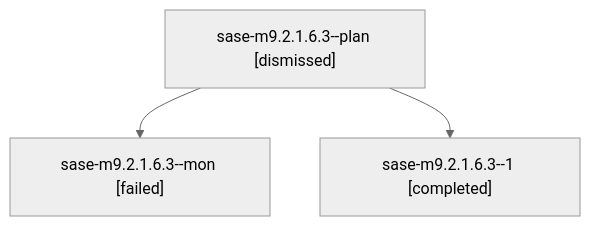
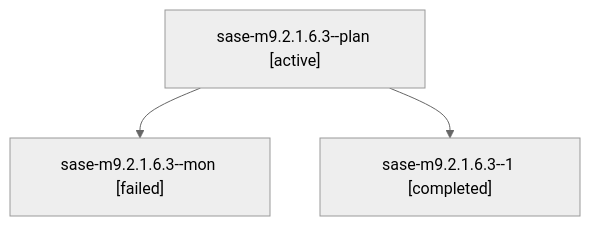
The diagram in families/bbugyi200.athena.sase-m9.2.1.6.3.md (sase-org/sase--agents), drawn with Mermaid (neutral theme) before and after one commit. The commit also changed other lines of this file and 35830 other files, not shown here.

````diff
--- a/families/bbugyi200.athena.sase-m9.2.1.6.3.md
+++ b/families/bbugyi200.athena.sase-m9.2.1.6.3.md
@@ -9,8 +9,8 @@
 ```mermaid
 flowchart TD
-  n0["sase-m9.2.1.6.3--plan [dismissed]"]
+  n0["sase-m9.2.1.6.3--plan [active]"]
   n1["sase-m9.2.1.6.3--mon [failed]"]
   n0 --> n1
   n2["sase-m9.2.1.6.3--1 [completed]"]
   n0 --> n2
 ```
````
